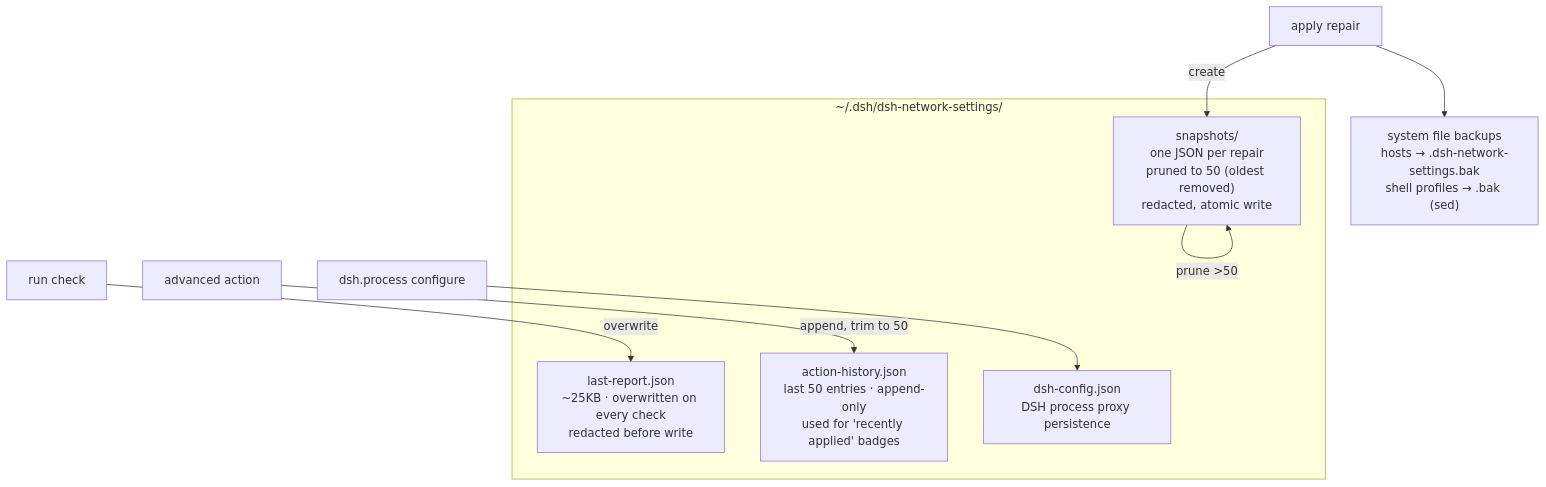
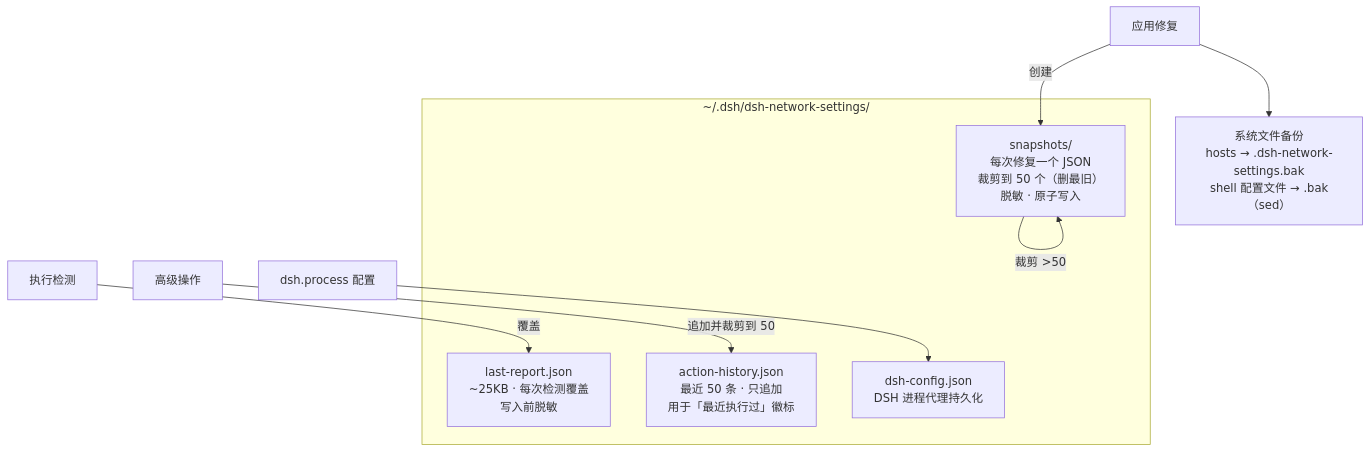
Before and after one commit to kanneiren/dsh-network-settings: the first of 7 diagrams in docs/architecture.md, drawn with Mermaid. The commit also changed other lines of this file and 3 other files, not shown here.

First line of the commit message:
docs: Chinese architecture doc as default, English moved to architecture.en.md

````diff
--- a/docs/architecture.md
+++ b/docs/architecture.md
@@ -7,17 +11,17 @@
 ```mermaid
 flowchart TB
   subgraph DATA_DIR["~/.dsh/dsh-network-settings/"]
-    LR["last-report.json<br/>~25KB · overwritten on every check<br/>redacted before write"]
-    AH["action-history.json<br/>last 50 entries · append-only<br/>used for 'recently applied' badges"]
-    DSH_CFG["dsh-config.json<br/>DSH process proxy persistence"]
-    SNAP["snapshots/<br/>one JSON per repair<br/>pruned to 50 (oldest removed)<br/>redacted, atomic write"]
+    LR["last-report.json<br/>~25KB · 每次检测覆盖<br/>写入前脱敏"]
+    AH["action-history.json<br/>最近 50 条 · 只追加<br/>用于「最近执行过」徽标"]
+    DSH_CFG["dsh-config.json<br/>DSH 进程代理持久化"]
+    SNAP["snapshots/<br/>每次修复一个 JSON<br/>裁剪到 50 个（删最旧）<br/>脱敏 · 原子写入"]
   end
-  BAK["system file backups<br/>hosts → .dsh-network-settings.bak<br/>shell profiles → .bak (sed)"]
+  BAK["系统文件备份<br/>hosts → .dsh-network-settings.bak<br/>shell 配置文件 → .bak（sed）"]
 
-  CHECK["run check"] -->|"overwrite"| LR
-  REPAIR["apply repair"] -->|"create"| SNAP
-  SNAP -->|"prune >50"| SNAP
+  CHECK["执行检测"] -->|"覆盖"| LR
+  REPAIR["应用修复"] -->|"创建"| SNAP
+  SNAP -->|"裁剪 >50"| SNAP
   REPAIR --> BAK
-  ADVANCED["advanced action"] -->|"append, trim to 50"| AH
-  DSH_PROXY["dsh.process configure"] --> DSH_CFG
+  ADVANCED["高级操作"] -->|"追加并裁剪到 50"| AH
+  DSH_PROXY["dsh.process 配置"] --> DSH_CFG
 ```
````
